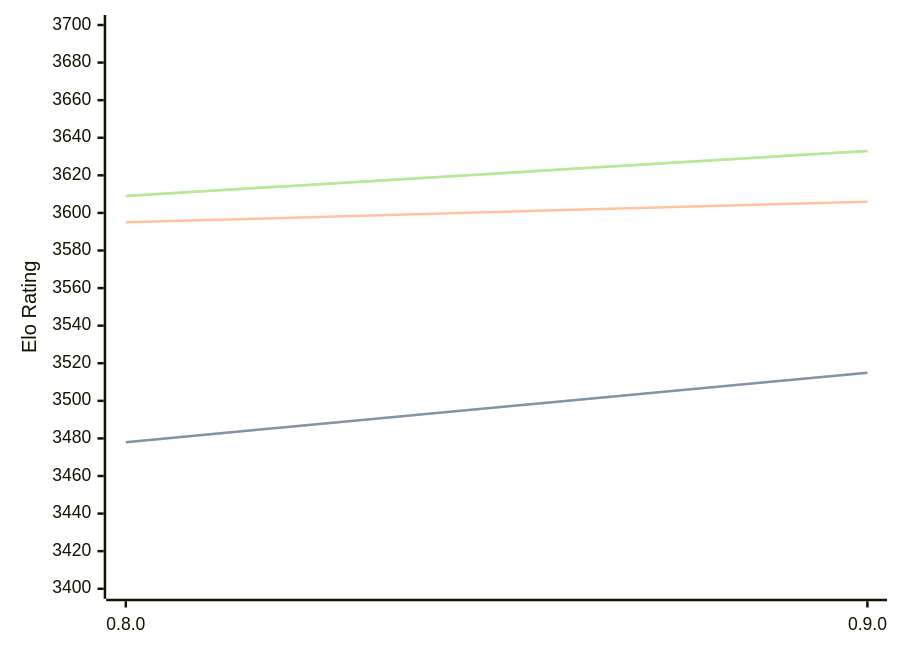
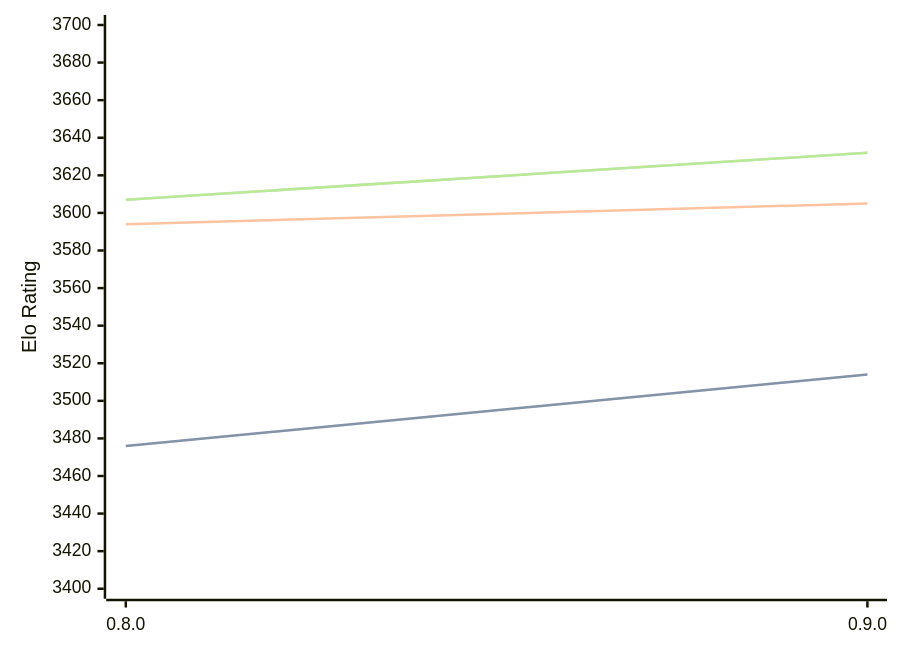
Before and after one commit to computer-chess-index/cci: the diagram in engines/Reckless.md, drawn with Mermaid. The commit also changed other lines of this file, not shown here.

Commit message:
Update CCI Ratings (ELO VLTC) - 2026-04-26

````diff
--- a/engines/Reckless.md
+++ b/engines/Reckless.md
@@ -39,11 +39,11 @@
 ```mermaid
 %%{init: {"theme":"base","themeVariables":{"seriesColors:['#a3a3a3','#222221','#faa371']}}}%%
 xychart-beta
   x-axis ["0.8.0", "0.9.0"]
   y-axis "Elo Rating" 3400 --> 3700
-  line "STC (8.0+0.08s)" [3478, 3515]
-  line "STC (8.0+0.08s)" [3478, 3515]
-  line "LTC (60.0+0.60s)" [3595, 3606]
-  line "VLTC (2m24s+1.12s)" [3609, 3633]
-  line "VLTC (2m24s+1.12s)" [3609, 3633]
+  line "STC (8.0+0.08s)" [3476, 3514]
+  line "STC (8.0+0.08s)" [3476, 3514]
+  line "LTC (60.0+0.60s)" [3594, 3605]
+  line "VLTC (2m24s+1.12s)" [3607, 3632]
+  line "VLTC (2m24s+1.12s)" [3607, 3632]
 ```
````
